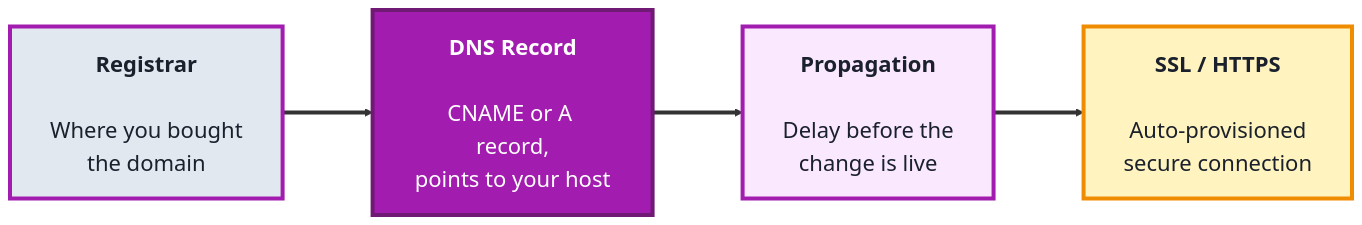
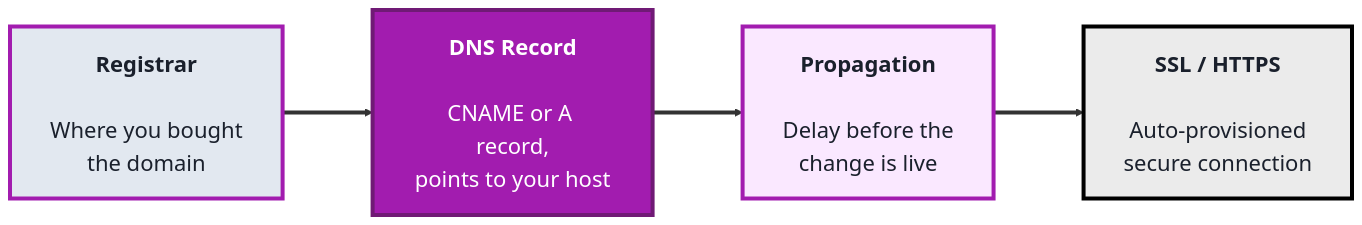
Before and after one commit to SHEMODELTECH/shemodeltech: the second of 3 diagrams in src/Pages/courses/TechArchs/deployment-module.md, drawn with Mermaid. The commit also changed other lines of this file and 46 other files, not shown here.

````diff
--- a/src/Pages/courses/TechArchs/deployment-module.md
+++ b/src/Pages/courses/TechArchs/deployment-module.md
@@ -78,16 +78,16 @@
 ```mermaid
 %%{init: {'theme':'base', 'themeVariables': {'fontSize':'22px', 'primaryTextColor':'#1a202c', 'primaryBorderColor':'#a21caf', 'lineColor':'#333333'}, 'flowchart': {'nodeSpacing': 70, 'rankSpacing': 90, 'padding': 20}}}%%
 flowchart LR
     R["<b>Registrar</b><br/><br/>Where you bought<br/>the domain"]
     DNS["<b>DNS Record</b><br/><br/>CNAME or A record,<br/>points to your host"]
     PR["<b>Propagation</b><br/><br/>Delay before the<br/>change is live"]
     S["<b>SSL / HTTPS</b><br/><br/>Auto-provisioned<br/>secure connection"]
 
     R ==> DNS ==> PR ==> S
 
     style R fill:#e2e8f0,color:#1a202c,stroke:#a21caf,stroke-width:4px
     style DNS fill:#a21caf,color:#fff,stroke:#701a75,stroke-width:4px
     style PR fill:#fae8ff,color:#1a202c,stroke:#a21caf,stroke-width:4px
-    style S fill:#fff3bf,color:#1a202c,stroke:#f08c00,stroke-width:4px
+    style S fill:#EBEBEB,color:#1a202c,stroke:#000000,stroke-width:4px
     linkStyle default stroke-width:4px,stroke:#333333
 ```
````
